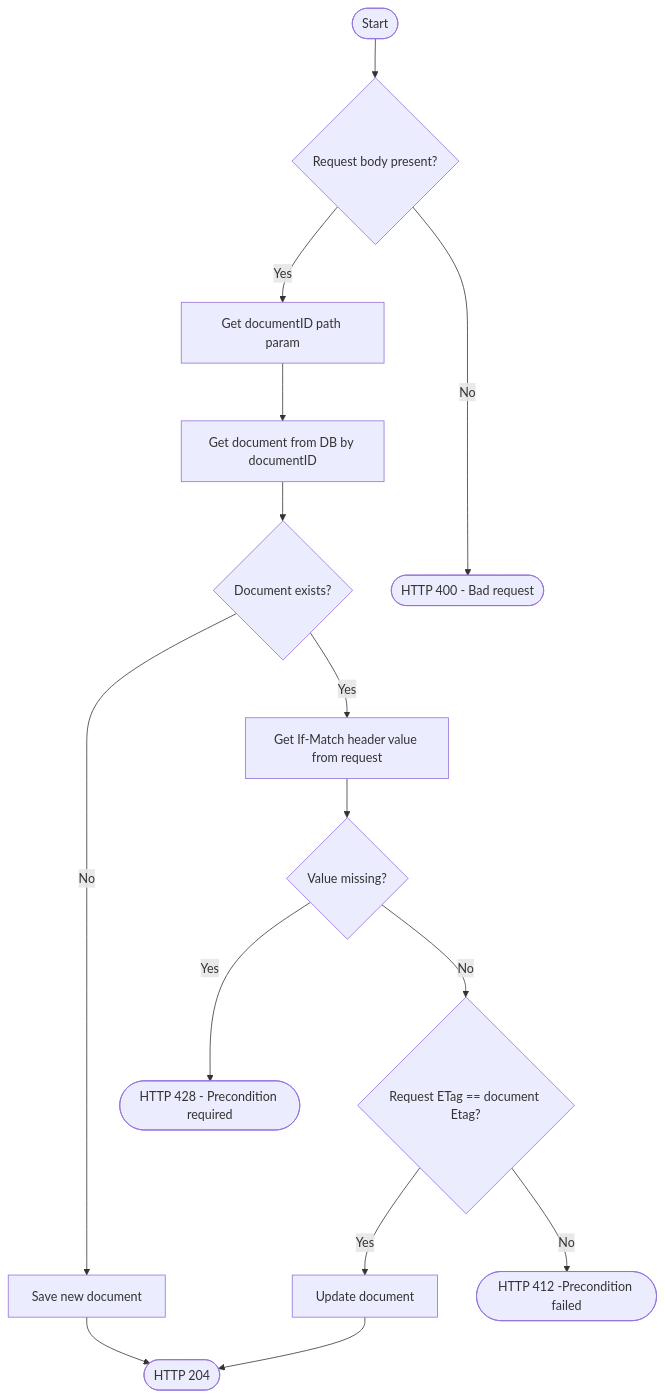
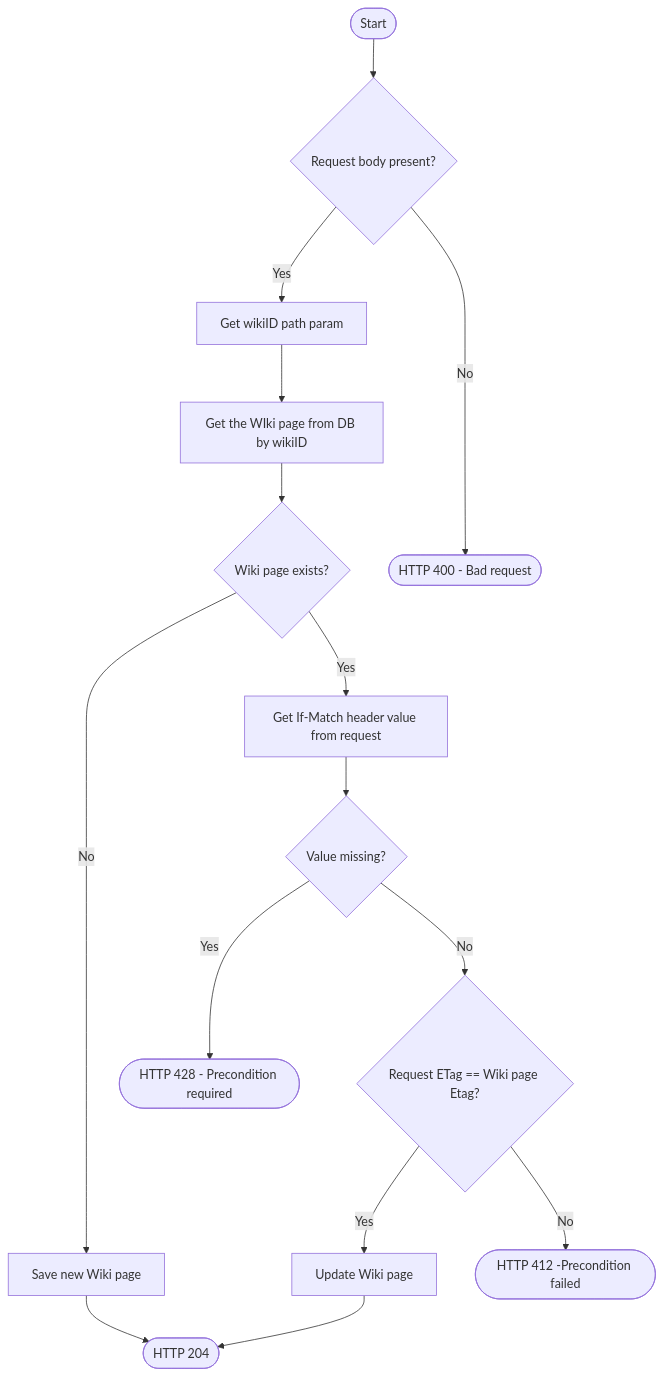
One commit to gran-software-solutions/blog changed the third of 4 diagrams in blog/2023-03-21-concurrency-in-rest-apis/index.mdx. Above: the diagram before and after it, drawn with Mermaid. The commit also changed other lines of this file and 1 other file, not shown here.

````diff
--- a/blog/2023-03-21-concurrency-in-rest-apis/index.mdx
+++ b/blog/2023-03-21-concurrency-in-rest-apis/index.mdx
@@ -148,17 +161,17 @@
 ```mermaid
 flowchart TD
     A([Start]) --> B{Request body present?}
-    B -- Yes --> C[Get documentID path param]
-    C --> D[Get document from DB by documentID]
-    D --> E{Document exists?}
-    E -- No --> F[Save new document]
+    B -- Yes --> C[Get wikiID path param]
+    C --> D[Get the WIki page from DB by wikiID]
+    D --> E{Wiki page exists?}
+    E -- No --> F[Save new Wiki page]
     F --> G([HTTP 204])
     E -- Yes --> H[Get If-Match header value from request]
     H --> I{Value missing?}
     I -- Yes --> J([HTTP 428 - Precondition required])
-    I -- No --> K{Request ETag == document Etag?}
-    K -- Yes --> L[Update document]
+    I -- No --> K{Request ETag == Wiki page Etag?}
+    K -- Yes --> L[Update Wiki page]
     L --> G
     K -- No -->  N([HTTP 412 -Precondition failed])
     B -- No ----> O([HTTP 400 - Bad request])
 ```
````
